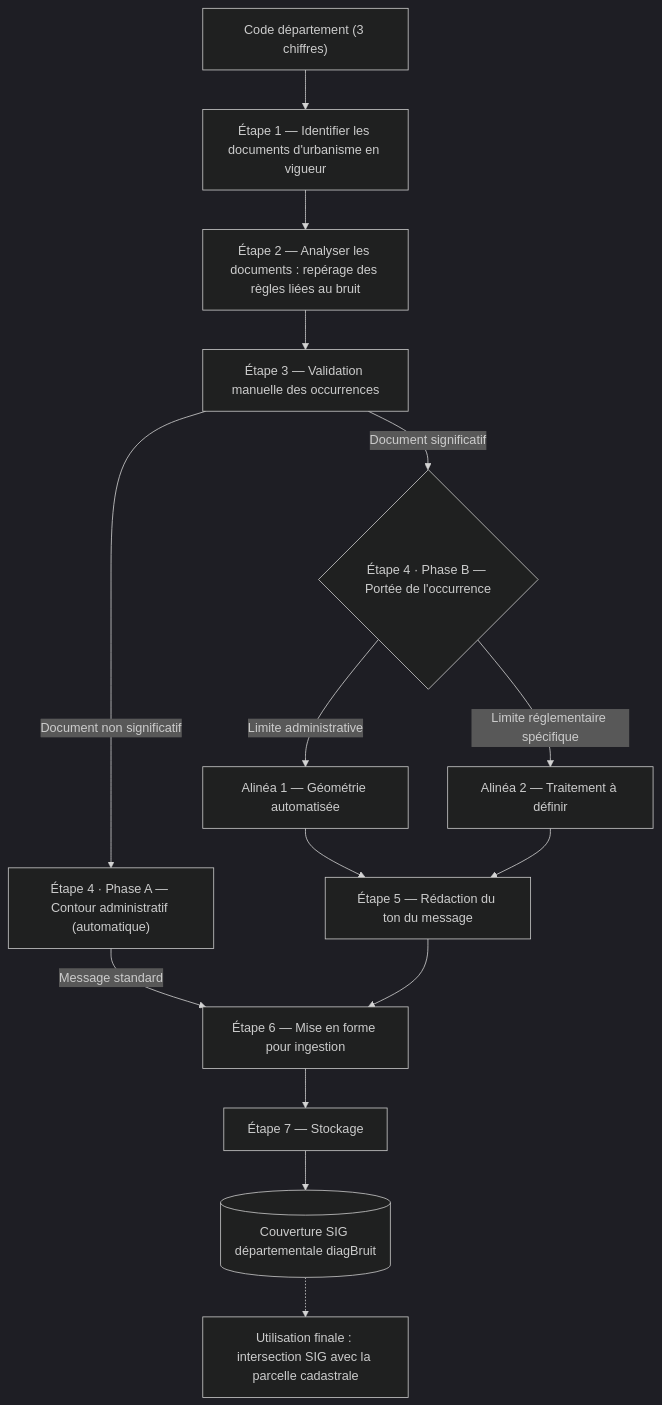
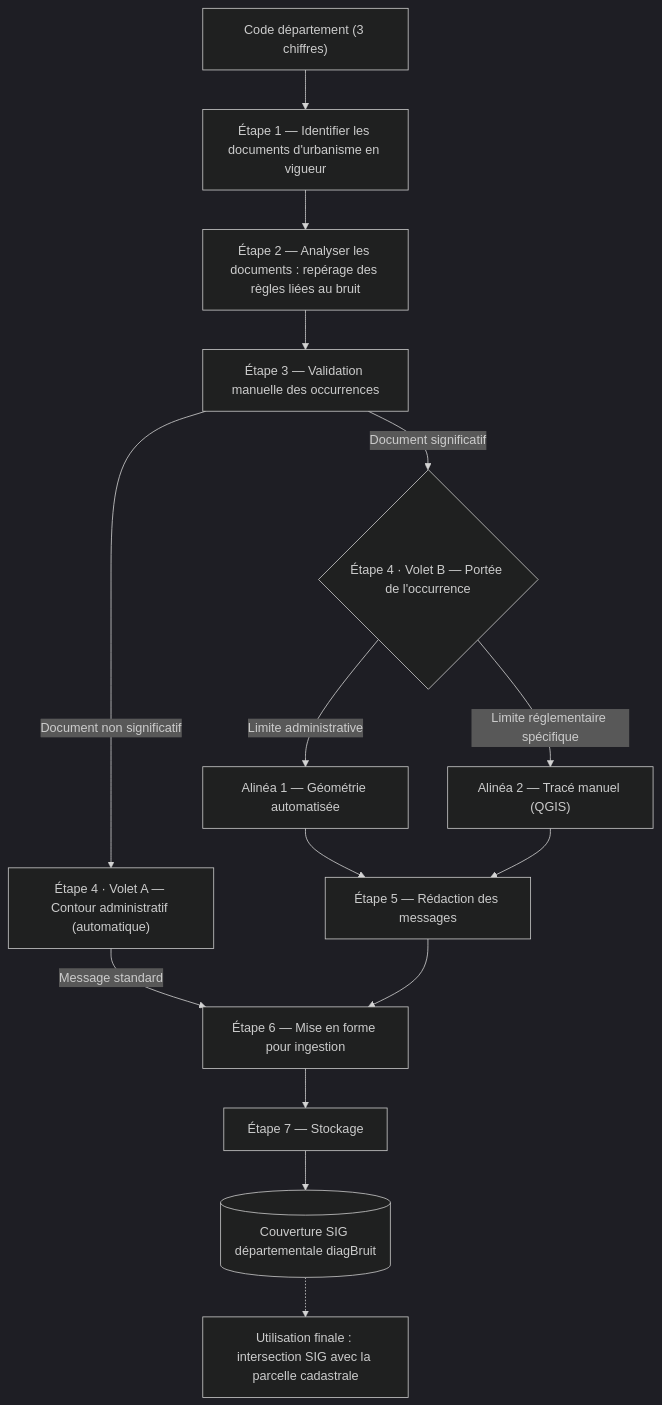
One commit to nantodevison/diagbruit.beta.gouv.fr changed the diagram in poc-urbanisme-plu/docs/plan-automatisation-regles-plu-diagbruit.md. Above: the diagram before and after it, drawn with Mermaid (dark theme). The commit also changed other lines of this file and 30 other files, not shown here.

````diff
--- a/poc-urbanisme-plu/docs/plan-automatisation-regles-plu-diagbruit.md
+++ b/poc-urbanisme-plu/docs/plan-automatisation-regles-plu-diagbruit.md
@@ -31,17 +31,17 @@
 ```mermaid
 flowchart TD
     Dept["Code département (3 chiffres)"] --> E1["Étape 1 — Identifier les documents d'urbanisme en vigueur"]
     E1 --> E2["Étape 2 — Analyser les documents : repérage des règles liées au bruit"]
     E2 --> E3["Étape 3 — Validation manuelle des occurrences"]
-    E3 -->|"Document non significatif"| E4A["Étape 4 · Phase A — Contour administratif (automatique)"]
-    E3 -->|"Document significatif"| E4Bgate{"Étape 4 · Phase B — Portée de l'occurrence"}
+    E3 -->|"Document non significatif"| E4A["Étape 4 · Volet A — Contour administratif (automatique)"]
+    E3 -->|"Document significatif"| E4Bgate{"Étape 4 · Volet B — Portée de l'occurrence"}
     E4Bgate -->|"Limite administrative"| E4B1["Alinéa 1 — Géométrie automatisée"]
-    E4Bgate -->|"Limite réglementaire spécifique"| E4B2["Alinéa 2 — Traitement à définir"]
-    E4B1 --> E5["Étape 5 — Rédaction du ton du message"]
+    E4Bgate -->|"Limite réglementaire spécifique"| E4B2["Alinéa 2 — Tracé manuel (QGIS)"]
+    E4B1 --> E5["Étape 5 — Rédaction des messages"]
     E4B2 --> E5
     E4A -->|"Message standard"| E6["Étape 6 — Mise en forme pour ingestion"]
     E5 --> E6
     E6 --> E7["Étape 7 — Stockage"]
     E7 --> Couv[("Couverture SIG départementale diagBruit")]
     Couv -.-> Usage["Utilisation finale : intersection SIG avec la parcelle cadastrale"]
 ```
````
